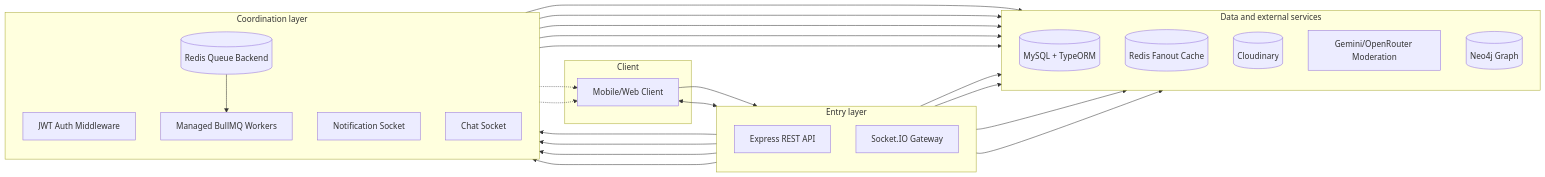
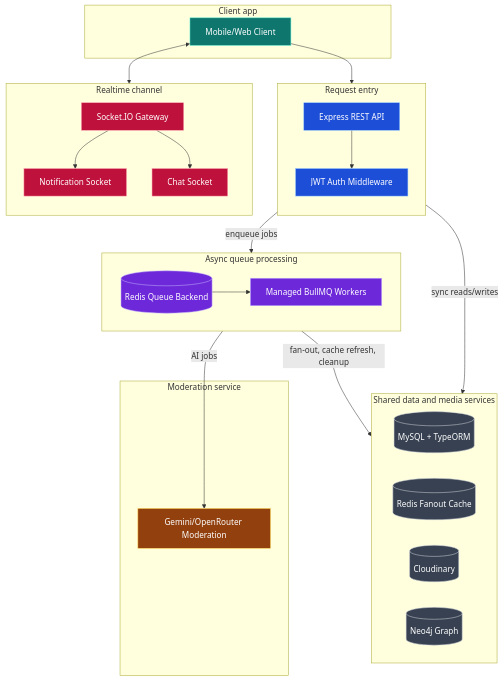
The first of 13 diagrams in README.ja.md (dtbackjisu209/SMedia-Backend), drawn with Mermaid before and after one commit. The commit also changed 1 other file, not shown here.

Commit message:
docs(readme): improve architecture diagram readability

````diff
--- a/README.ja.md
+++ b/README.ja.md
@@ -56,52 +56,64 @@
 ```mermaid
-flowchart LR
-    subgraph ClientLayer[Client]
+flowchart TB
+    subgraph ClientLayer[Client app]
         Client[Mobile/Web Client]
     end
 
-    subgraph EntryLayer[Entry layer]
+    subgraph EntryLayer[Request entry]
         direction TB
         API[Express REST API]
-        Socket[Socket.IO Gateway]
+        Auth[JWT Auth Middleware]
+        API --> Auth
     end
 
-    subgraph CoordinationLayer[Coordination layer]
-        direction TB
-        Auth[JWT Auth Middleware]
+    subgraph AsyncLayer[Async queue processing]
+        direction LR
         RedisQueue[(Redis Queue Backend)]
         BullMQ[Managed BullMQ Workers]
+        RedisQueue --> BullMQ
+    end
+
+    subgraph RealtimeLayer[Realtime channel]
+        direction TB
+        Socket[Socket.IO Gateway]
         Notification[Notification Socket]
         Chat[Chat Socket]
+        Socket --> Notification
+        Socket --> Chat
     end
 
-    subgraph ServiceLayer[Data and external services]
-        direction TB
+    subgraph ServicesLayer[Shared data and media services]
+        direction LR
         MySQL[(MySQL + TypeORM)]
         RedisFanout[(Redis Fanout Cache)]
         Cloudinary[(Cloudinary)]
+        Neo4j[(Neo4j Graph)]
+    end
+
+    subgraph ModerationLayer[Moderation service]
         AI[Gemini/OpenRouter Moderation]
-        Neo4j[(Neo4j Graph)]
     end
 
     Client --> API
     Client <--> Socket
 
-    API --> Auth
-    API --> RedisQueue
-    API --> MySQL
-    API --> RedisFanout
-    API --> Cloudinary
-    API --> Neo4j
+    API -->|enqueue jobs| RedisQueue
+    API -->|sync reads/writes| ServicesLayer
 
-    RedisQueue --> BullMQ
-    BullMQ --> MySQL
-    BullMQ --> RedisFanout
-    BullMQ --> Cloudinary
-    BullMQ --> AI
-    BullMQ --> Neo4j
+    BullMQ -->|fan-out, cache refresh, cleanup| ServicesLayer
+    BullMQ -->|AI jobs| AI
 
-    Socket --> Notification
-    Socket --> Chat
-    Notification -.-> Client
-    Chat -.-> Client
+    classDef client fill:#0f766e,stroke:#5eead4,color:#ffffff;
+    classDef entry fill:#1d4ed8,stroke:#93c5fd,color:#ffffff;
+    classDef async fill:#6d28d9,stroke:#c4b5fd,color:#ffffff;
+    classDef realtime fill:#be123c,stroke:#fda4af,color:#ffffff;
+    classDef service fill:#374151,stroke:#d1d5db,color:#ffffff;
+    classDef moderation fill:#92400e,stroke:#fcd34d,color:#ffffff;
+
+    class Client client;
+    class API,Auth entry;
+    class RedisQueue,BullMQ async;
+    class Socket,Notification,Chat realtime;
+    class MySQL,RedisFanout,Cloudinary,Neo4j service;
+    class AI moderation;
 ```
````
